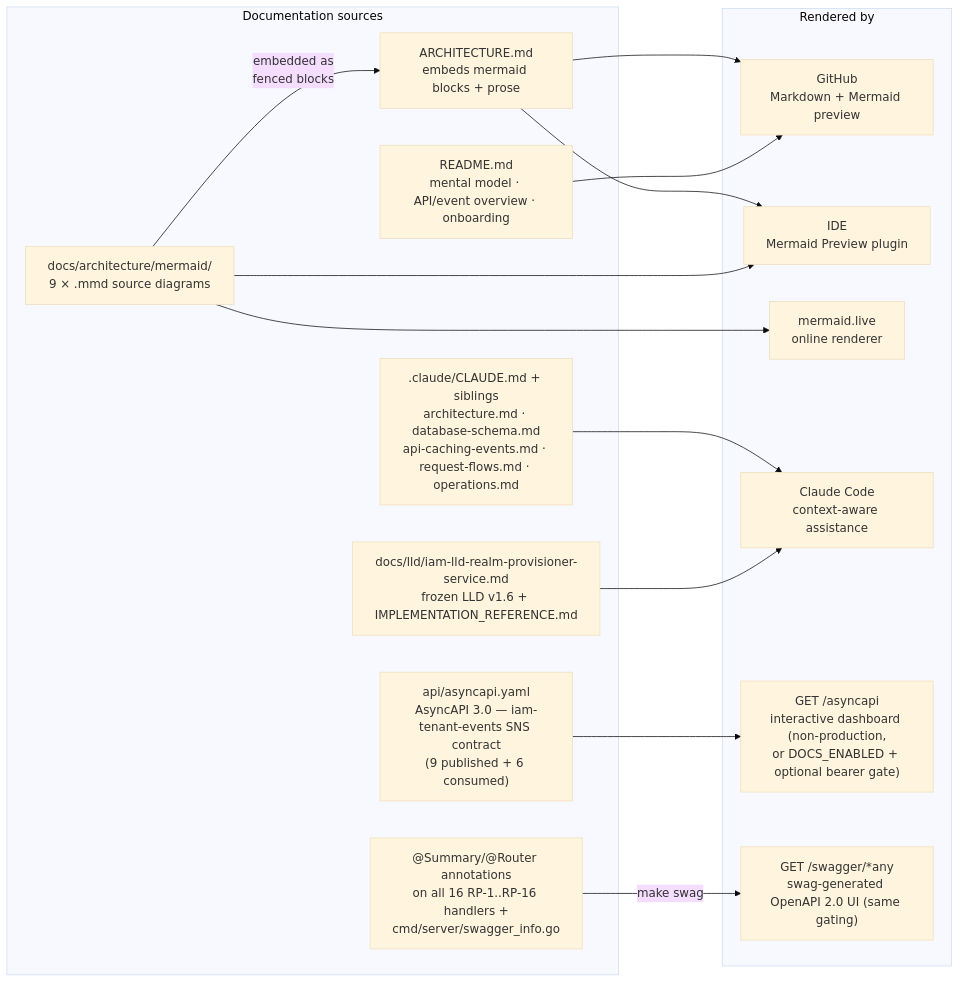
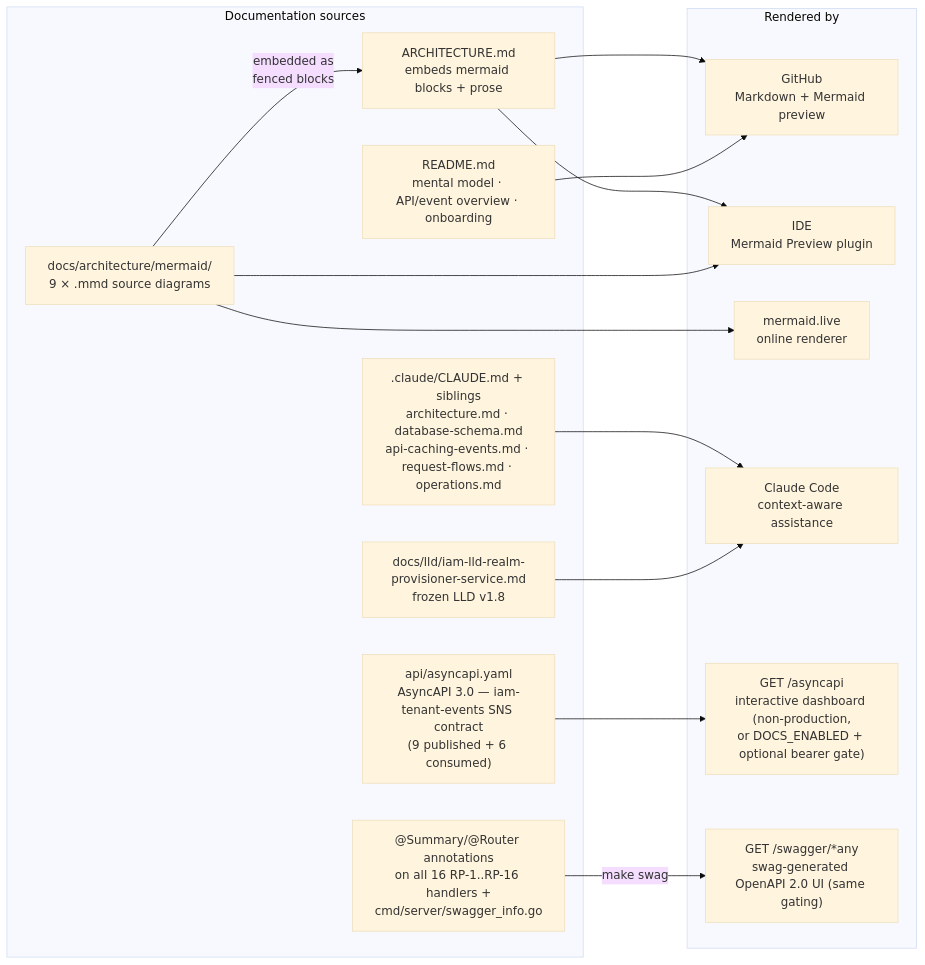
One commit to BCBP-SOLUTIONS-FZC-LLC/iam-realm-provisioner changed the tenth of 10 diagrams in ARCHITECTURE.md. Above: the diagram before and after it, drawn with Mermaid (base theme). The commit also changed other lines of this file and 36 other files, not shown here.

````diff
--- a/ARCHITECTURE.md
+++ b/ARCHITECTURE.md
@@ -1039,30 +1040,30 @@
 ```mermaid
 graph LR
     subgraph sources["Documentation sources"]
         mmd["docs/architecture/mermaid/\n9 × .mmd source diagrams"]
         arch["ARCHITECTURE.md\nembeds mermaid blocks + prose"]
         claude[".claude/CLAUDE.md + siblings\narchitecture.md · database-schema.md\napi-caching-events.md · request-flows.md · operations.md"]
         readme["README.md\nmental model · API/event overview · onboarding"]
         asyncapi_yaml["api/asyncapi.yaml\nAsyncAPI 3.0 — iam-tenant-events SNS contract\n(9 published + 6 consumed)"]
         swag_annot["@Summary/@Router annotations\non all 16 RP-1..RP-16 handlers +\ncmd/server/swagger_info.go"]
-        lld["docs/lld/iam-lld-realm-provisioner-service.md\nfrozen LLD v1.6 + IMPLEMENTATION_REFERENCE.md"]
+        lld["docs/lld/iam-lld-realm-provisioner-service.md\nfrozen LLD v1.8"]
     end
 
     subgraph rendered["Rendered by"]
         github["GitHub\nMarkdown + Mermaid preview"]
         ide["IDE\nMermaid Preview plugin"]
         live["mermaid.live\nonline renderer"]
         claude_ai["Claude Code\ncontext-aware assistance"]
         asyncapi_viewer["GET /asyncapi\ninteractive dashboard (non-production,\nor DOCS_ENABLED + optional bearer gate)"]
         swagger_ui["GET /swagger/*any\nswag-generated OpenAPI 2.0 UI (same gating)"]
     end
 
     mmd  -->|"embedded as\nfenced blocks"| arch
     arch --> github & ide
     mmd  --> live & ide
     claude --> claude_ai
     readme --> github
     lld --> claude_ai
     asyncapi_yaml --> asyncapi_viewer
     swag_annot -->|"make swag"| swagger_ui
 ```
````
